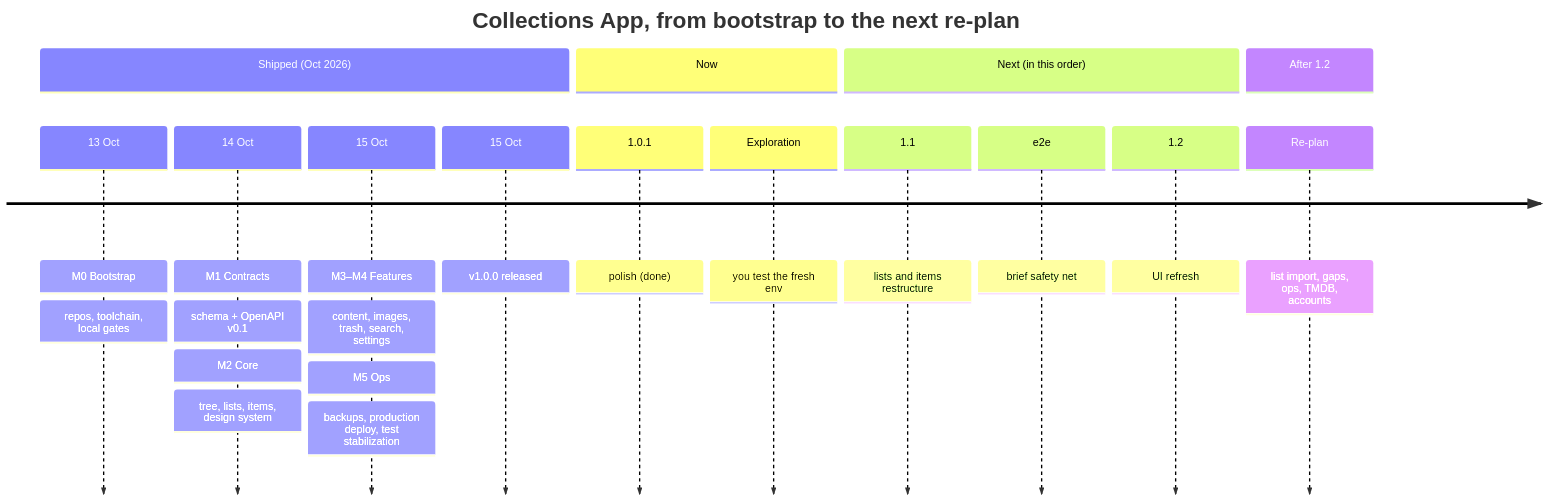
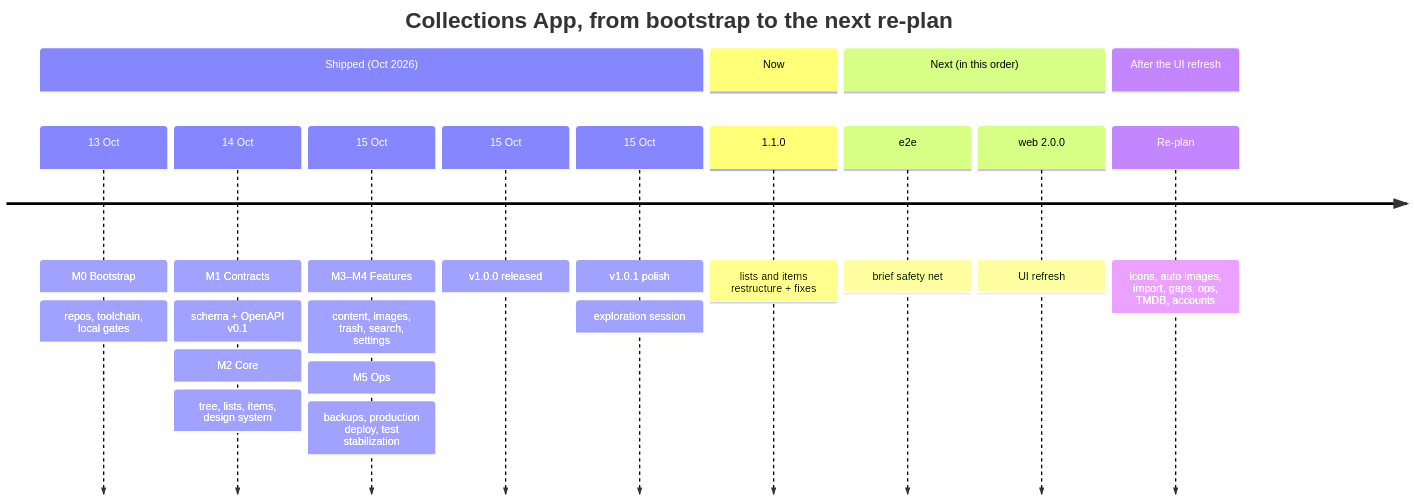
The first of 2 diagrams in ROADMAP.md (0xfederama/collections-app), drawn with Mermaid before and after one commit. The commit also changed other lines of this file and 3 other files, not shown here.

````diff
--- a/ROADMAP.md
+++ b/ROADMAP.md
@@ -42,20 +42,20 @@
 ```mermaid
 timeline
     title Collections App, from bootstrap to the next re-plan
     section Shipped (Oct 2026)
         13 Oct : M0 Bootstrap : repos, toolchain, local gates
         14 Oct : M1 Contracts : schema + OpenAPI v0.1
                : M2 Core : tree, lists, items, design system
         15 Oct : M3–M4 Features : content, images, trash, search, settings
                : M5 Ops : backups, production deploy, test stabilization
         15 Oct : v1.0.0 released
+        15 Oct : v1.0.1 polish
+               : exploration session
     section Now
-        1.0.1 : polish (done)
-        Exploration : you test the fresh env
+        1.1.0 : lists and items restructure + fixes
     section Next (in this order)
-        1.1 : lists and items restructure
         e2e : brief safety net
-        1.2 : UI refresh
-    section After 1.2
-        Re-plan : list import, gaps, ops, TMDB, accounts
+        web 2.0.0 : UI refresh
+    section After the UI refresh
+        Re-plan : icons, auto images, import, gaps, ops, TMDB, accounts
 ```
````
